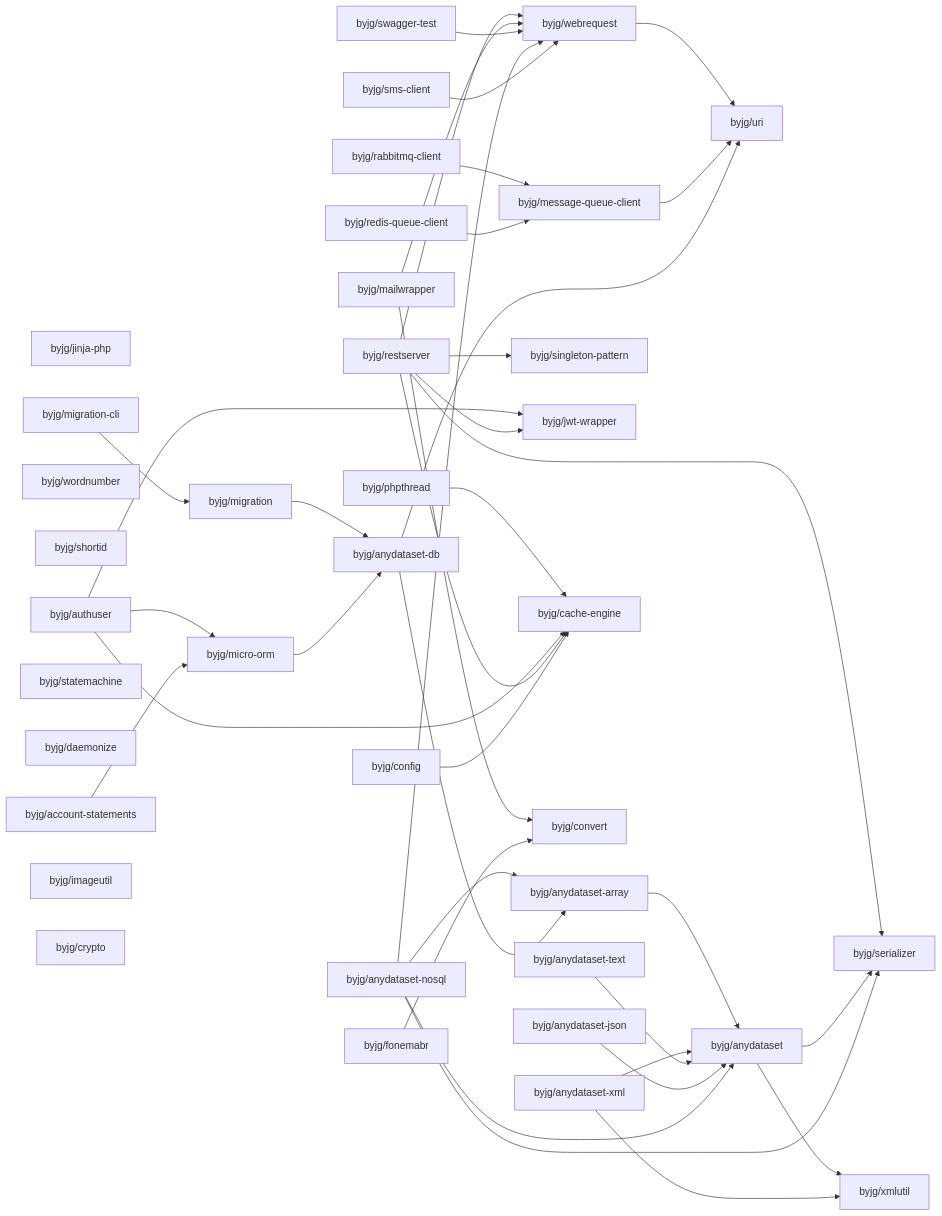
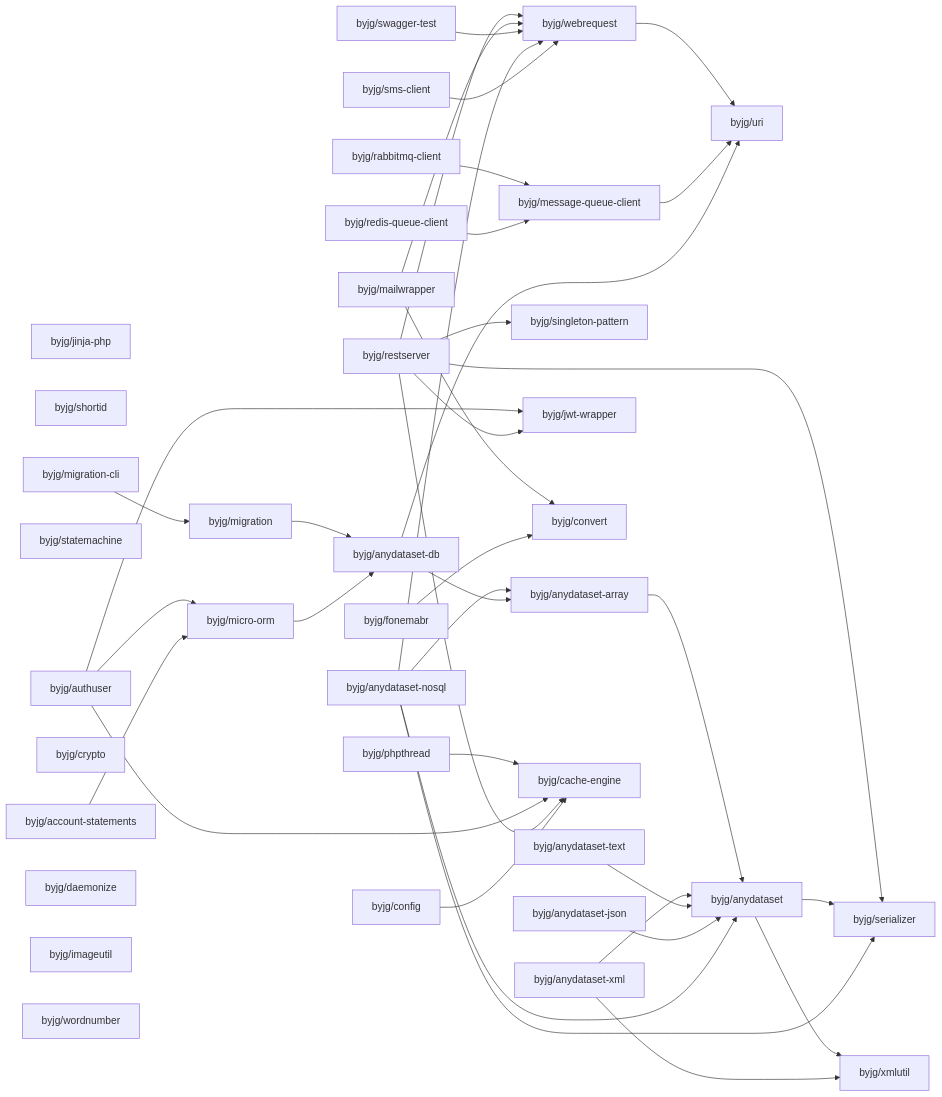
One commit to byjg/byjg.github.io changed the diagram in docs/php/README.md. Above: the diagram before and after it, drawn with Mermaid. The commit also changed other lines of this file and 1 other file, not shown here.

Commit message:
Update documentation 'php' 'php-swagger-test'

````diff
--- a/docs/php/README.md
+++ b/docs/php/README.md
@@ -3,76 +3,76 @@
 ```mermaid
 graph LR;
+  byjg/fonemabr;
+  byjg/jinja-php;
+  byjg/shortid;
+  byjg/account-statements;
+  byjg/sms-client;
+  byjg/statemachine;
+  byjg/anydataset-text;
+  byjg/config;
   byjg/redis-queue-client;
-  byjg/sms-client;
-  byjg/jinja-php;
+  byjg/migration-cli;
+  byjg/crypto;
+  byjg/restserver;
+  byjg/rabbitmq-client;
+  byjg/anydataset-xml;
   byjg/authuser;
+  byjg/swagger-test;
+  byjg/daemonize;
+  byjg/anydataset-json;
+  byjg/mailwrapper;
+  byjg/anydataset-nosql;
+  byjg/imageutil;
+  byjg/phpthread;
   byjg/wordnumber;
-  byjg/shortid;
-  byjg/restserver;
-  byjg/migration-cli;
-  byjg/anydataset-json;
-  byjg/swagger-test;
-  byjg/statemachine;
-  byjg/anydataset-nosql;
-  byjg/config;
-  byjg/rabbitmq-client;
-  byjg/daemonize;
-  byjg/anydataset-text;
-  byjg/phpthread;
-  byjg/fonemabr;
-  byjg/account-statements;
-  byjg/imageutil;
-  byjg/anydataset-xml;
-  byjg/crypto;
-  byjg/mailwrapper;
+  byjg/migration;
   byjg/singleton-pattern;
+  byjg/message-queue-client;
+  byjg/micro-orm;
   byjg/jwt-wrapper;
-  byjg/migration;
-  byjg/message-queue-client;
-  byjg/cache-engine;
-  byjg/micro-orm;
   byjg/convert;
   byjg/webrequest;
+  byjg/cache-engine;
   byjg/anydataset-db;
   byjg/anydataset-array;
   byjg/uri;
   byjg/anydataset;
   byjg/serializer;
   byjg/xmlutil;
   byjg/phpthread --> byjg/cache-engine;
   byjg/authuser --> byjg/micro-orm;
   byjg/authuser --> byjg/cache-engine;
   byjg/authuser --> byjg/jwt-wrapper;
   byjg/anydataset-array --> byjg/anydataset;
   byjg/restserver --> byjg/serializer;
   byjg/restserver --> byjg/singleton-pattern;
   byjg/restserver --> byjg/cache-engine;
   byjg/restserver --> byjg/webrequest;
   byjg/restserver --> byjg/jwt-wrapper;
   byjg/mailwrapper --> byjg/convert;
   byjg/mailwrapper --> byjg/webrequest;
   byjg/swagger-test --> byjg/webrequest;
   byjg/migration --> byjg/anydataset-db;
   byjg/account-statements --> byjg/micro-orm;
   byjg/anydataset --> byjg/serializer;
   byjg/anydataset --> byjg/xmlutil;
   byjg/fonemabr --> byjg/convert;
   byjg/anydataset-xml --> byjg/anydataset;
   byjg/anydataset-xml --> byjg/xmlutil;
   byjg/webrequest --> byjg/uri;
   byjg/config --> byjg/cache-engine;
   byjg/migration-cli --> byjg/migration;
   byjg/anydataset-text --> byjg/anydataset;
   byjg/micro-orm --> byjg/anydataset-db;
   byjg/message-queue-client --> byjg/uri;
   byjg/anydataset-json --> byjg/anydataset;
   byjg/anydataset-nosql --> byjg/anydataset;
   byjg/anydataset-nosql --> byjg/anydataset-array;
   byjg/anydataset-nosql --> byjg/serializer;
   byjg/anydataset-nosql --> byjg/webrequest;
   byjg/anydataset-db --> byjg/anydataset-array;
   byjg/anydataset-db --> byjg/uri;
   byjg/rabbitmq-client --> byjg/message-queue-client;
   byjg/redis-queue-client --> byjg/message-queue-client;
   byjg/sms-client --> byjg/webrequest;
 ```
````
